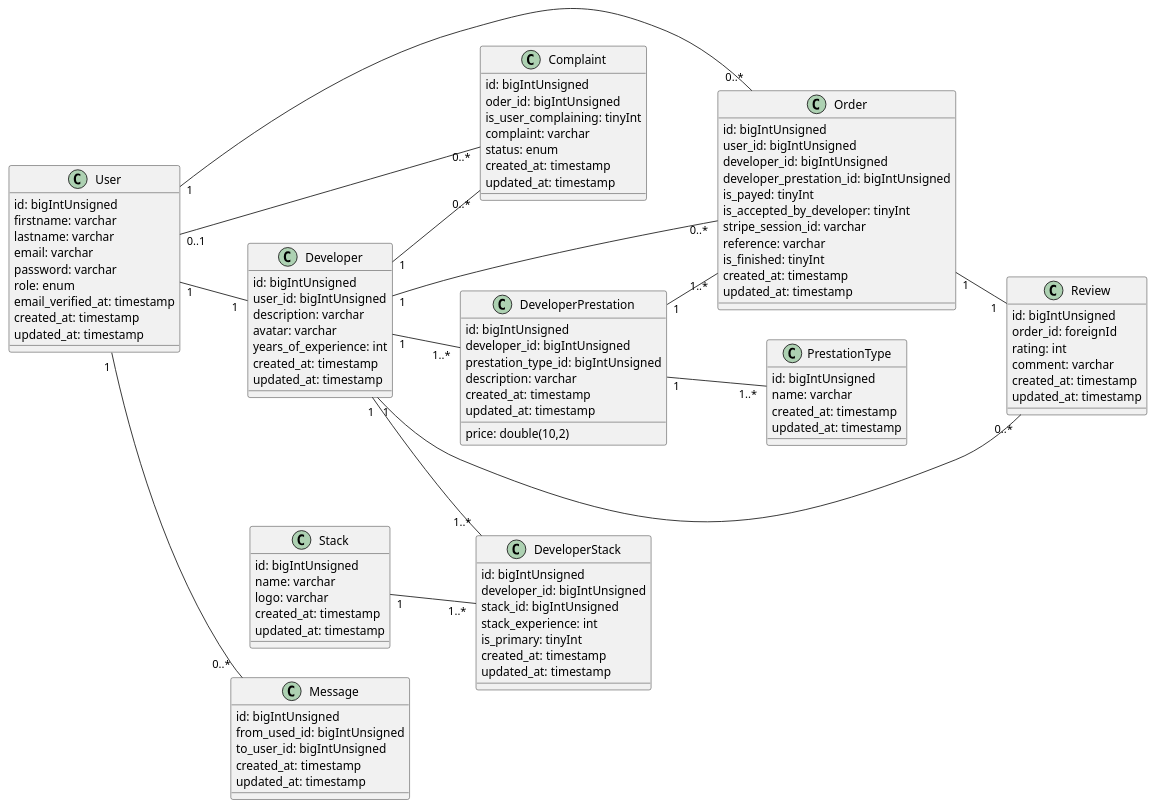
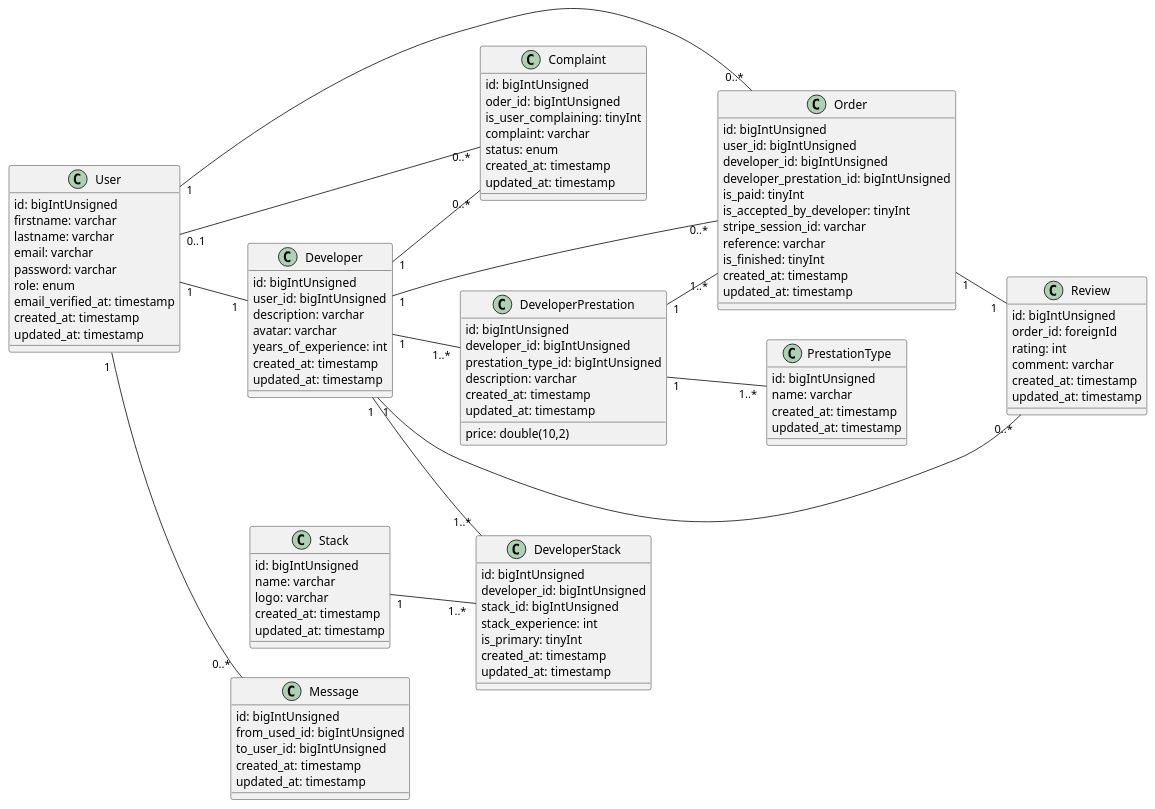
Before and after one commit to Loic-Jhs/deverr-back: the diagram in docs/diagrams/classDiagrams/class_diagram.puml, drawn with PlantUML. The commit also changed 11 other files, not shown here.

Commit message:
fixed 'is_payed' to 'is_paid'

```diff
--- a/docs/diagrams/classDiagrams/class_diagram.puml
+++ b/docs/diagrams/classDiagrams/class_diagram.puml
@@ -1,123 +1,123 @@
 @startuml Class
 'change direction to not overlap with other classes
 left to right direction
 
 
 class User {
   id: bigIntUnsigned
   firstname: varchar
   lastname: varchar
   email: varchar
   password: varchar
   role: enum
   email_verified_at: timestamp
   created_at: timestamp
   updated_at: timestamp
 }
 
 class Developer {
   id: bigIntUnsigned
   user_id: bigIntUnsigned
   description: varchar
   avatar: varchar
   years_of_experience: int
   created_at: timestamp
   updated_at: timestamp
 }
 
 class PrestationType {
   id: bigIntUnsigned
   name: varchar
   created_at: timestamp
   updated_at: timestamp
 }
 
 class DeveloperPrestation {
   id: bigIntUnsigned
   developer_id: bigIntUnsigned
   prestation_type_id: bigIntUnsigned
   description: varchar
   price: double(10,2)
   created_at: timestamp
   updated_at: timestamp
 }
 
 class DeveloperStack {
   id: bigIntUnsigned
   developer_id: bigIntUnsigned
   stack_id: bigIntUnsigned
   stack_experience: int
   is_primary: tinyInt
   created_at: timestamp
   updated_at: timestamp
 }
 
 class Stack {
   id: bigIntUnsigned
   name: varchar
   logo: varchar
   created_at: timestamp
   updated_at: timestamp
 }
 
 class Order {
   id: bigIntUnsigned
   user_id: bigIntUnsigned
   developer_id: bigIntUnsigned
   developer_prestation_id: bigIntUnsigned
-  is_payed: tinyInt
+  is_paid: tinyInt
   is_accepted_by_developer: tinyInt
   stripe_session_id: varchar
   reference: varchar
   is_finished: tinyInt
   created_at: timestamp
   updated_at: timestamp
 }
 
 class Review {
   id: bigIntUnsigned
   order_id: foreignId
   rating: int
   comment: varchar
   created_at: timestamp
   updated_at: timestamp
 }
 
 class Message {
   id: bigIntUnsigned
   from_used_id: bigIntUnsigned
   to_user_id: bigIntUnsigned
   created_at: timestamp
   updated_at: timestamp
 }
 
 class Complaint {
   id: bigIntUnsigned
   oder_id: bigIntUnsigned
   is_user_complaining: tinyInt
   complaint: varchar
   status: enum
   created_at: timestamp
   updated_at: timestamp
 }
 
 User "0..1 " -- "0..* " Complaint
 User "1 " -- "0..* "Message
 User "1 " -- "0..* " Order
 User "1 " -- "1 " Developer
 
 Developer "1 " -- "1..* "DeveloperStack
 Developer "1 " -- "0..* " Order
 Developer "1 "-- "0..* " Review
 Developer "1 " -- "1..* " DeveloperPrestation
 Developer "1 " -- "0..* " Complaint
 
 DeveloperPrestation "1 " -- "1..* " PrestationType
 DeveloperPrestation "1 " -- "1..* " Order
 
 Stack "1 "-- "1..* " DeveloperStack
 
 Order "1 " -- "1 " Review
 
 
 @enduml
```
